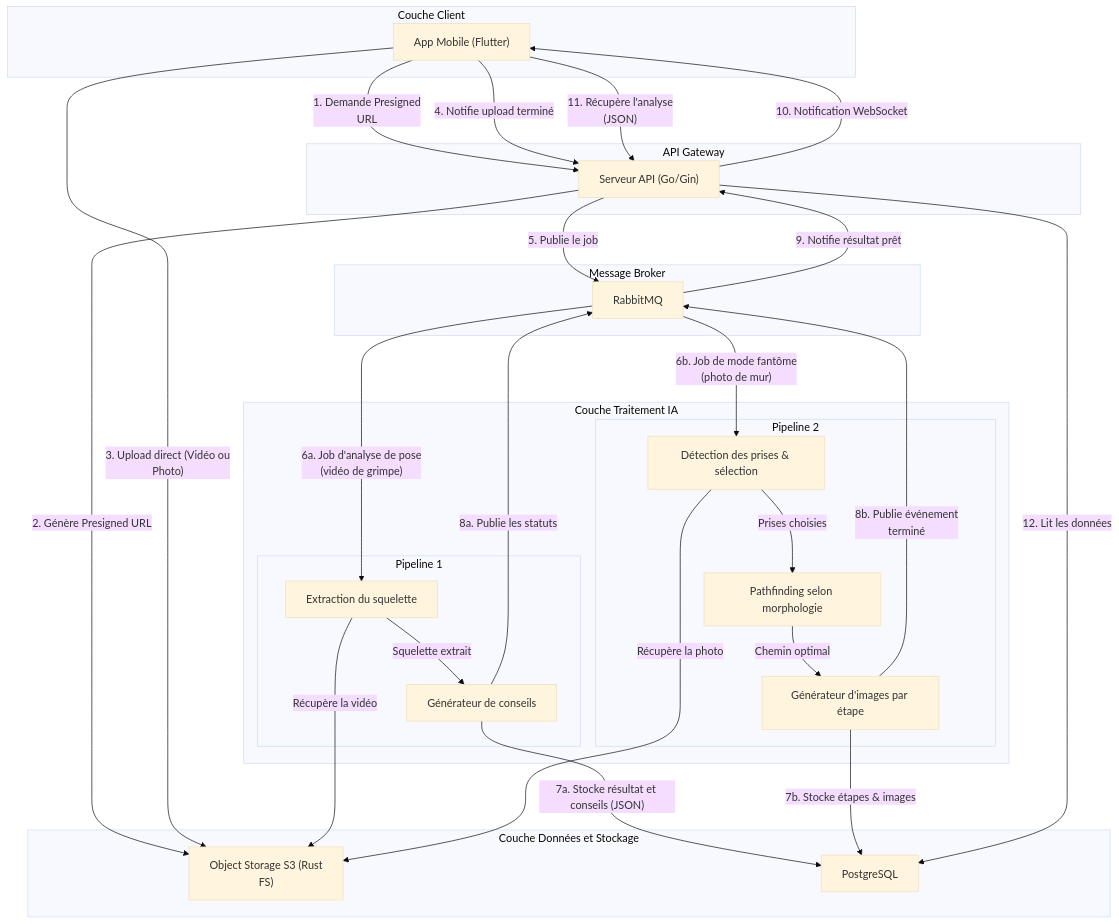
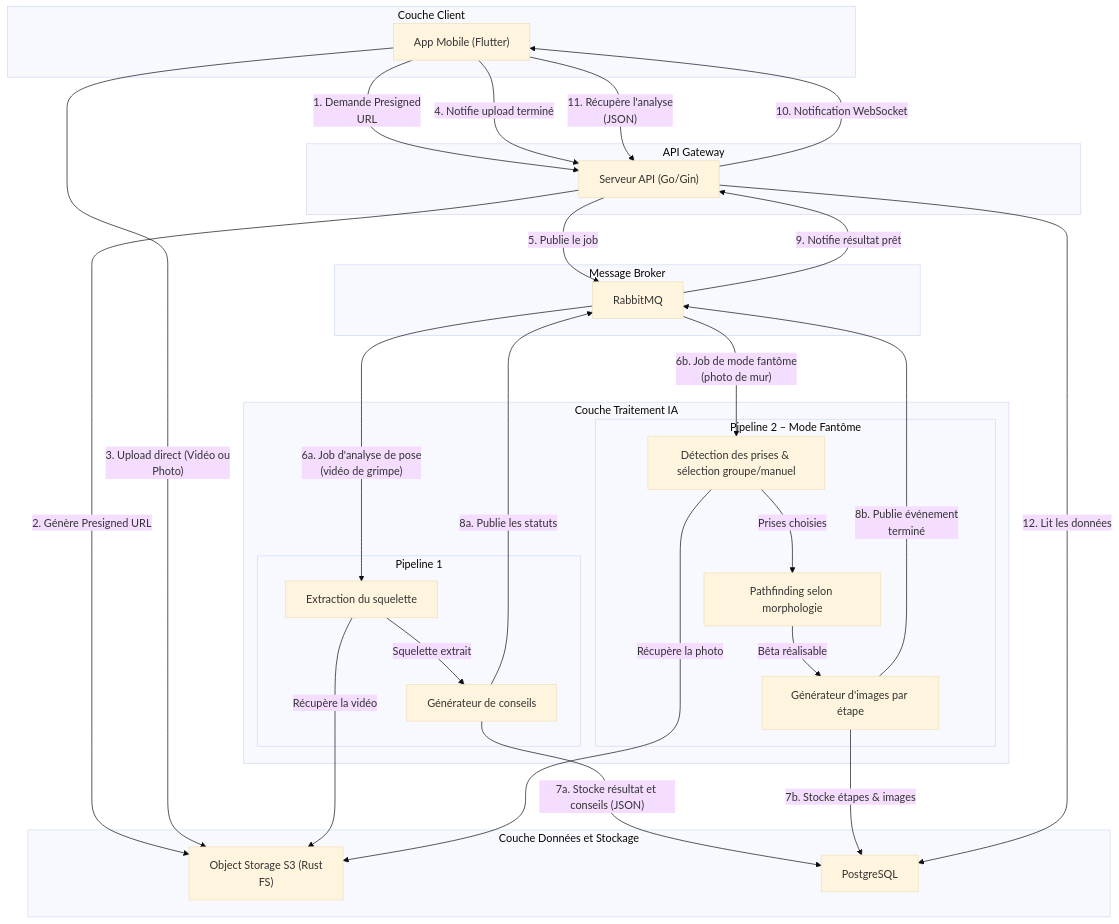
One commit to Ascension-EIP/Ascension changed the diagram in docs/Ascension/developer/apps/ai/overview.md. Above: the diagram before and after it, drawn with Mermaid (base theme). The commit also changed 23 other files, not shown here.

First line of the commit message:
docs(Ascension): update project scope and roadmap documentation

````diff
--- a/docs/Ascension/developer/apps/ai/overview.md
+++ b/docs/Ascension/developer/apps/ai/overview.md
@@ -43,57 +43,57 @@
 ```mermaid
 flowchart TD
     subgraph Client ["Couche Client"]
         App["App Mobile (Flutter)"]
     end
 
     subgraph Gateway ["API Gateway"]
         API["Serveur API (Go/Gin)"]
     end
 
     subgraph Broker ["Message Broker"]
         RMQ["RabbitMQ"]
     end
 
     subgraph IA ["Couche Traitement IA"]
         subgraph P1 ["Pipeline 1"]
             ExtSkel["Extraction du squelette"]
             GenCons["Générateur de conseils"]
             ExtSkel -->|"Squelette extrait"| GenCons
         end
 
-        subgraph P2 ["Pipeline 2"]
-            ExtPrises["Détection des prises & sélection"]
+        subgraph P2 ["Pipeline 2 – Mode Fantôme"]
+            ExtPrises["Détection des prises & sélection groupe/manuel"]
             RechChemin["Pathfinding selon morphologie"]
             GenFantome["Générateur d'images par étape"]
             ExtPrises -->|"Prises choisies"| RechChemin
-            RechChemin -->|"Chemin optimal"| GenFantome
+            RechChemin -->|"Bêta réalisable"| GenFantome
         end
     end
 
     subgraph Data ["Couche Données et Stockage"]
         S3["Object Storage S3 (Rust<br/>FS)"]
         PG["PostgreSQL"]
     end
 
     %% Flux de communication (1 à 12)
     App -->|"1. Demande Presigned<br/>URL"| API
     API -->|"2. Génère Presigned URL"| S3
     App -->|"3. Upload direct (Vidéo ou<br/>Photo)"| S3
     App -->|"4. Notifie upload terminé"| API
     API -->|"5. Publie le job"| RMQ
 
     RMQ -->|"6a. Job d'analyse de pose<br/>(vidéo de grimpe)"| ExtSkel
     ExtSkel -->|"Récupère la vidéo"| S3
     GenCons -->|"7a. Stocke résultat et conseils (JSON)"| PG
     GenCons -->|"8a. Publie les statuts"| RMQ
 
     RMQ -->|"6b. Job de mode fantôme<br/>(photo de mur)"| ExtPrises
     ExtPrises -->|"Récupère la photo"| S3
     GenFantome -->|"7b. Stocke étapes & images"| PG
     GenFantome -->|"8b. Publie événement<br/>terminé"| RMQ
 
     RMQ -->|"9. Notifie résultat prêt"| API
     API -->|"10. Notification WebSocket"| App
     App -->|"11. Récupère l'analyse<br/>(JSON)"| API
     API -->|"12. Lit les données"| PG
 ```
````
